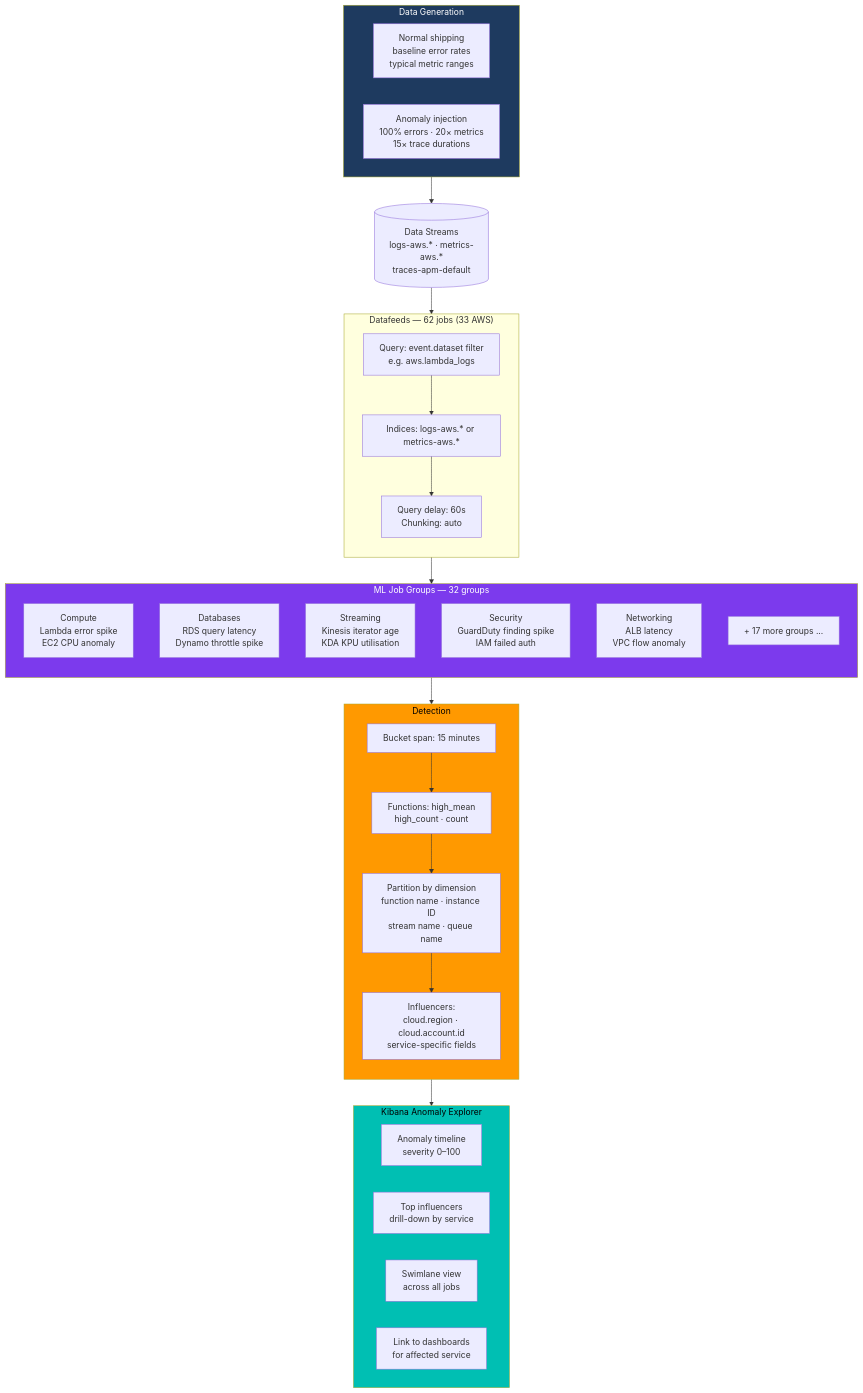
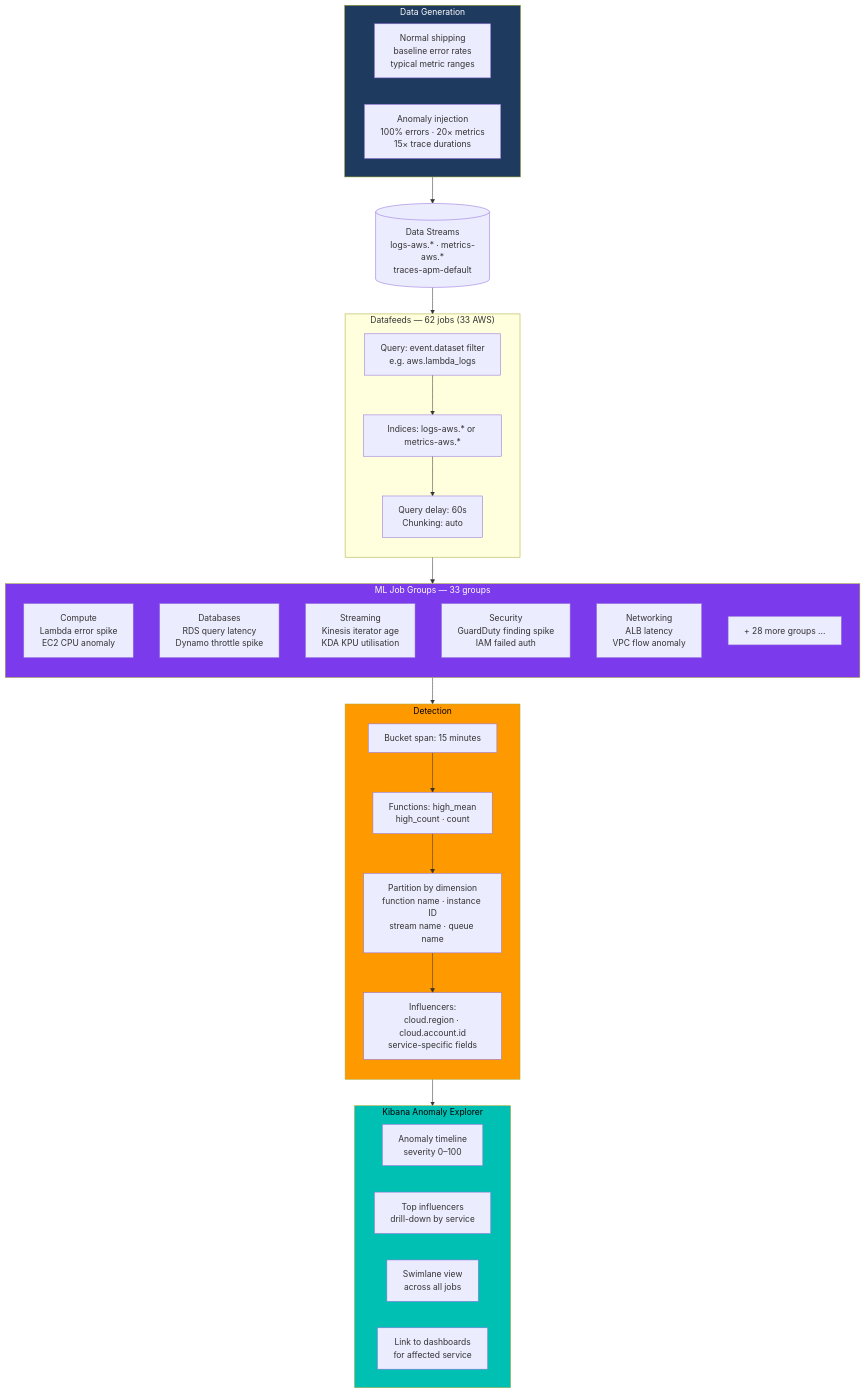
Before and after one commit to rkernutt/cloud-to-elastic-load-generator: diagram 12 of 14 in docs/diagrams.md, drawn with Mermaid. The commit also changed other lines of this file and 7 other files, not shown here.

````diff
--- a/docs/diagrams.md
+++ b/docs/diagrams.md
@@ -667,58 +667,58 @@
 ```mermaid
 flowchart TD
     subgraph GEN["Data Generation"]
         direction LR
         NORMAL["Normal shipping\nbaseline error rates\ntypical metric ranges"]
         SPIKE["Anomaly injection\n100% errors · 20× metrics\n15× trace durations"]
     end
 
     GEN --> DS[("Data Streams\nlogs-aws.* · metrics-aws.*\ntraces-apm-default")]
 
     DS --> FEED
 
     subgraph FEED["Datafeeds — 62 jobs (33 AWS)"]
         direction TB
         F1["Query: event.dataset filter\ne.g. aws.lambda_logs"]
         F2["Indices: logs-aws.* or metrics-aws.*"]
         F3["Query delay: 60s\nChunking: auto"]
         F1 --> F2 --> F3
     end
 
     FEED --> JOBS
 
-    subgraph JOBS["ML Job Groups — 32 groups"]
+    subgraph JOBS["ML Job Groups — 33 groups"]
         direction TB
         J1["Compute\nLambda error spike\nEC2 CPU anomaly"]
         J2["Databases\nRDS query latency\nDynamo throttle spike"]
         J3["Streaming\nKinesis iterator age\nKDA KPU utilisation"]
         J4["Security\nGuardDuty finding spike\nIAM failed auth"]
         J5["Networking\nALB latency\nVPC flow anomaly"]
-        J6["+ 17 more groups ..."]
+        J6["+ 28 more groups ..."]
     end
 
     JOBS --> DETECT
 
     subgraph DETECT["Detection"]
         direction TB
         DET1["Bucket span: 15 minutes"]
         DET2["Functions: high_mean\nhigh_count · count"]
         DET3["Partition by dimension\nfunction name · instance ID\nstream name · queue name"]
         DET4["Influencers:\ncloud.region · cloud.account.id\nservice-specific fields"]
         DET1 --> DET2 --> DET3 --> DET4
     end
 
     DETECT --> RESULTS
 
     subgraph RESULTS["Kibana Anomaly Explorer"]
         direction LR
         R1["Anomaly timeline\nseverity 0–100"]
         R2["Top influencers\ndrill-down by service"]
         R3["Swimlane view\nacross all jobs"]
         R4["Link to dashboards\nfor affected service"]
     end
 
     style GEN fill:#1e3a5f,color:#fff
     style JOBS fill:#7C3AED,color:#fff
     style DETECT fill:#FF9900,color:#000
     style RESULTS fill:#00BFB3,color:#000
 ```
````
